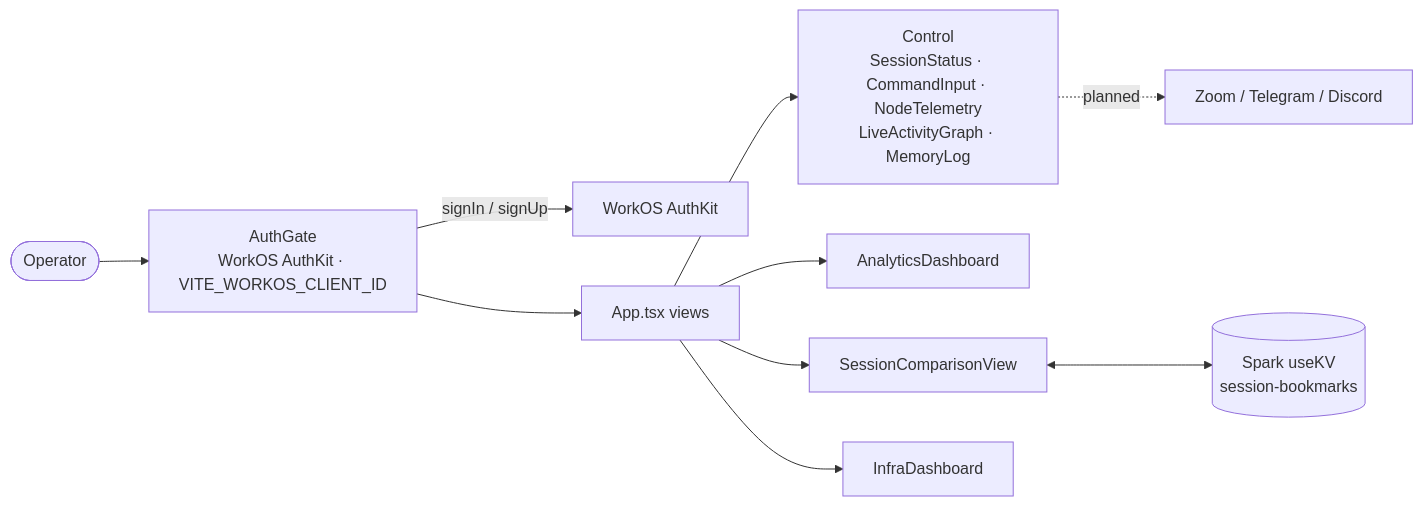
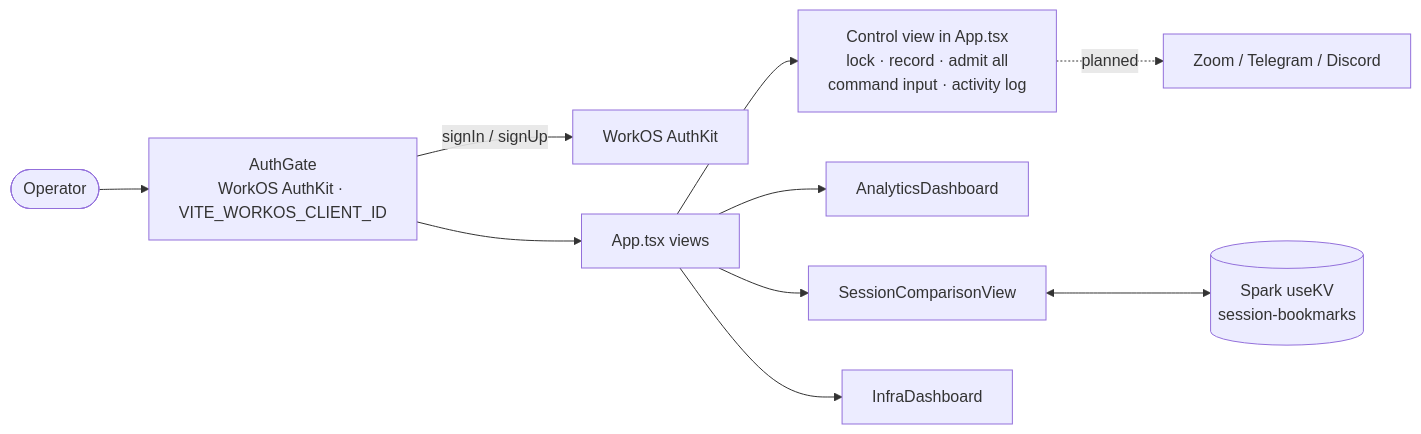
One commit to FriskyDevelopments/nbu-operator-console changed the diagram in README.md. Above: the diagram before and after it, drawn with Mermaid. The commit also changed other lines of this file, not shown here.

Commit message:
docs: describe the inline control view accurately

````diff
--- a/README.md
+++ b/README.md
@@ -11,12 +11,12 @@
 ```mermaid
 flowchart LR
   op([Operator]) --> auth[AuthGate<br/>WorkOS AuthKit · VITE_WORKOS_CLIENT_ID]
   auth -->|signIn / signUp| workos[WorkOS AuthKit]
   auth --> app[App.tsx views]
-  app --> control[Control<br/>SessionStatus · CommandInput · NodeTelemetry<br/>LiveActivityGraph · MemoryLog]
+  app --> control[Control view in App.tsx<br/>lock · record · admit all<br/>command input · activity log]
   app --> analytics[AnalyticsDashboard]
   app --> compare[SessionComparisonView]
   app --> infra[InfraDashboard]
   compare <--> kv[("Spark useKV<br/>session-bookmarks")]
   control -.->|planned| zoom[Zoom / Telegram / Discord]
 ```
````
